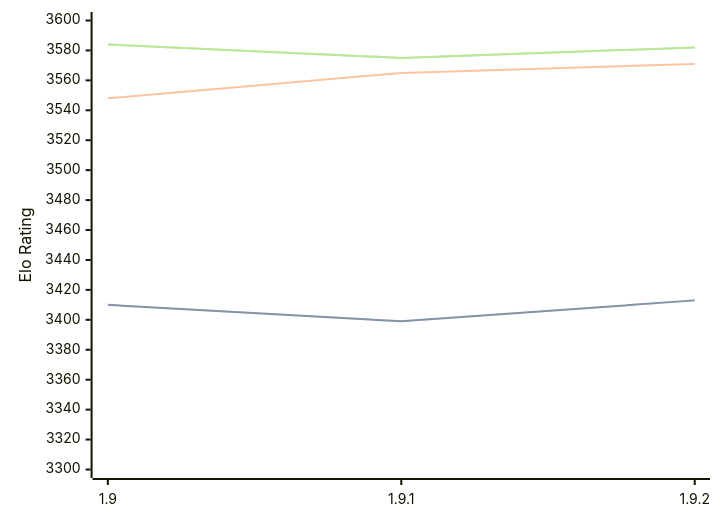
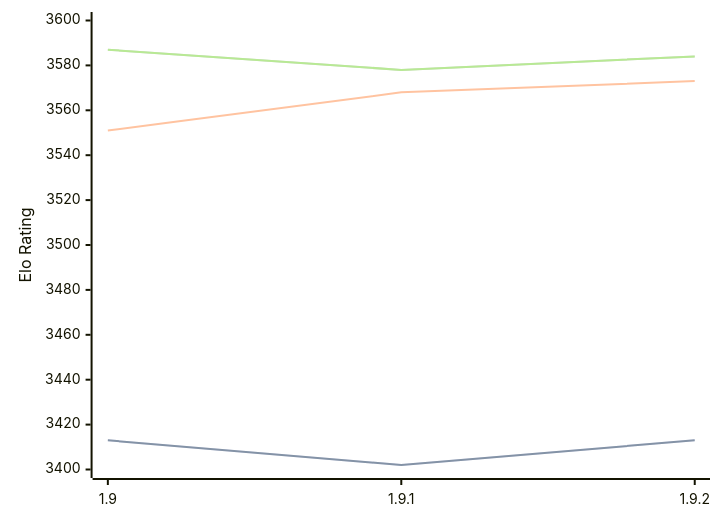
Before and after one commit to computer-chess-index/cci: the diagram in engines/Pawnocchio.md, drawn with Mermaid. The commit also changed other lines of this file, not shown here.

Commit message:
Update CCI Ratings (ELO VLTC) - 2026-02-20

````diff
--- a/engines/Pawnocchio.md
+++ b/engines/Pawnocchio.md
@@ -45,11 +45,11 @@
 ```mermaid
 %%{init: {"theme":"base","themeVariables":{"seriesColors:['#a3a3a3','#222221','#faa371']}}}%%
 xychart-beta
   x-axis ["1.9", "1.9.1", "1.9.2"]
-  y-axis "Elo Rating" 3300 --> 3600
-  line "STC (8.0+0.08s)" [3410, 3399, 3413]
-  line "STC (8.0+0.08s)" [3410, 3399, 3413]
-  line "LTC (60.0+0.60s)" [3548, 3565, 3571]
-  line "VLTC (2m24s+1.12s)" [3584, 3575, 3582]
-  line "VLTC (2m24s+1.12s)" [3584, 3575, 3582]
+  y-axis "Elo Rating" 3400 --> 3600
+  line "STC (8.0+0.08s)" [3413, 3402, 3413]
+  line "STC (8.0+0.08s)" [3413, 3402, 3413]
+  line "LTC (60.0+0.60s)" [3551, 3568, 3573]
+  line "VLTC (2m24s+1.12s)" [3587, 3578, 3584]
+  line "VLTC (2m24s+1.12s)" [3587, 3578, 3584]
 ```
````
